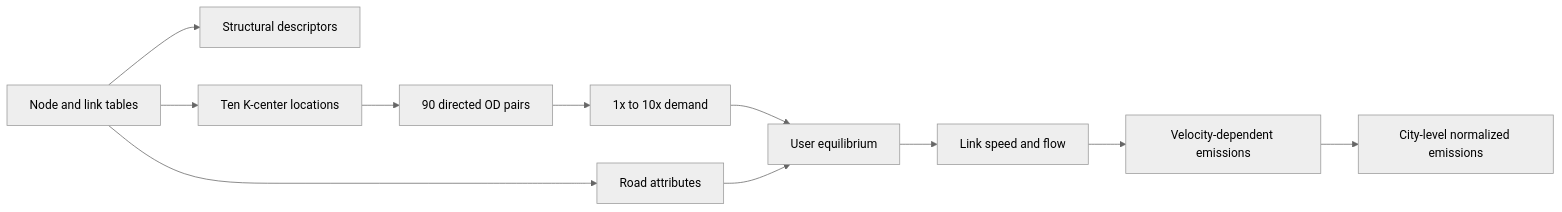
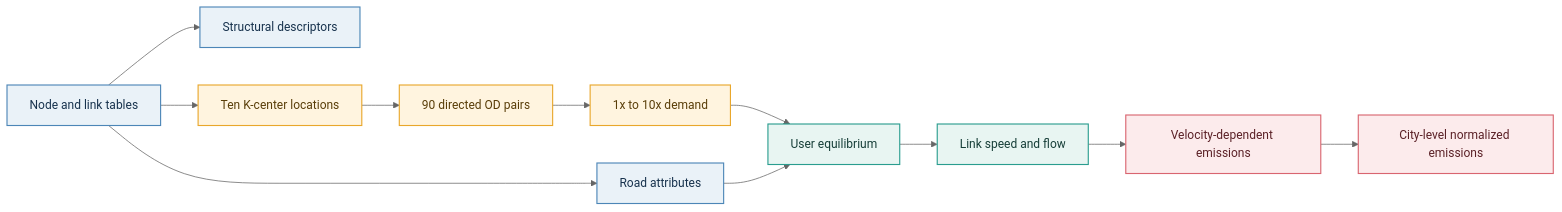
One commit to WaNgzh1rUi0413/road-network-decarbonization changed the second of 3 diagrams in README.md. Above: the diagram before and after it, drawn with Mermaid (neutral theme). The commit also changed other lines of this file and 4 other files, not shown here.

````diff
--- a/README.md
+++ b/README.md
@@ -188,13 +237,22 @@
 ```mermaid
 flowchart LR
     A["Node and link tables"] --> B["Structural descriptors"]
     A --> C["Ten K-center locations"]
     C --> D["90 directed OD pairs"]
     D --> E["1x to 10x demand"]
     A --> F["Road attributes"]
     E --> G["User equilibrium"]
     F --> G
     G --> H["Link speed and flow"]
     H --> I["Velocity-dependent emissions"]
     I --> J["City-level normalized emissions"]
+
+    classDef source fill:#EAF2F8,stroke:#4C86B7,color:#17324D,stroke-width:1.5px;
+    classDef demand fill:#FFF4DF,stroke:#E9A72C,color:#593D08,stroke-width:1.5px;
+    classDef assignment fill:#E8F5F2,stroke:#2A9D8F,color:#163E38,stroke-width:1.5px;
+    classDef emissions fill:#FCEBEC,stroke:#D96570,color:#5A2026,stroke-width:1.5px;
+    class A,B,F source;
+    class C,D,E demand;
+    class G,H assignment;
+    class I,J emissions;
 ```
````
